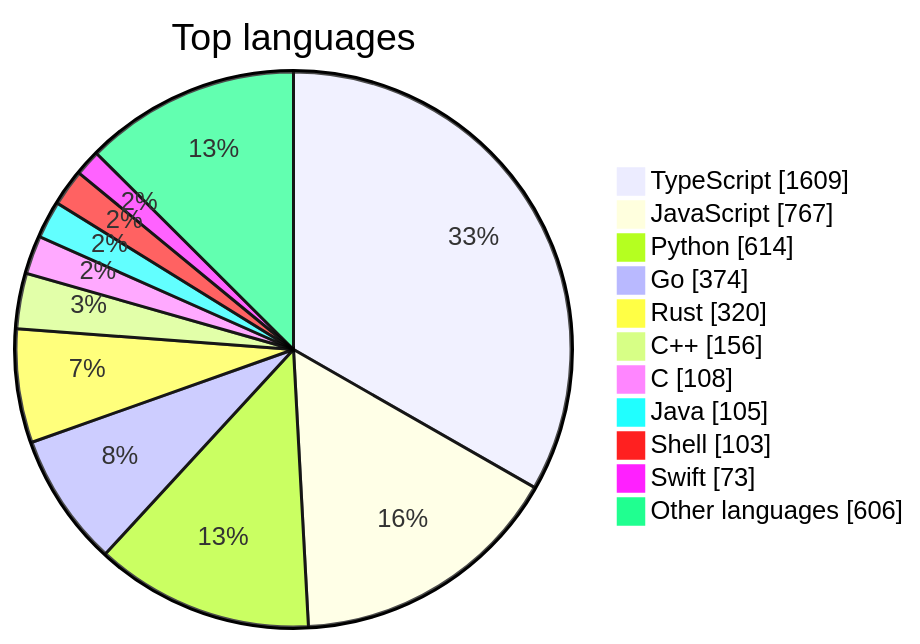
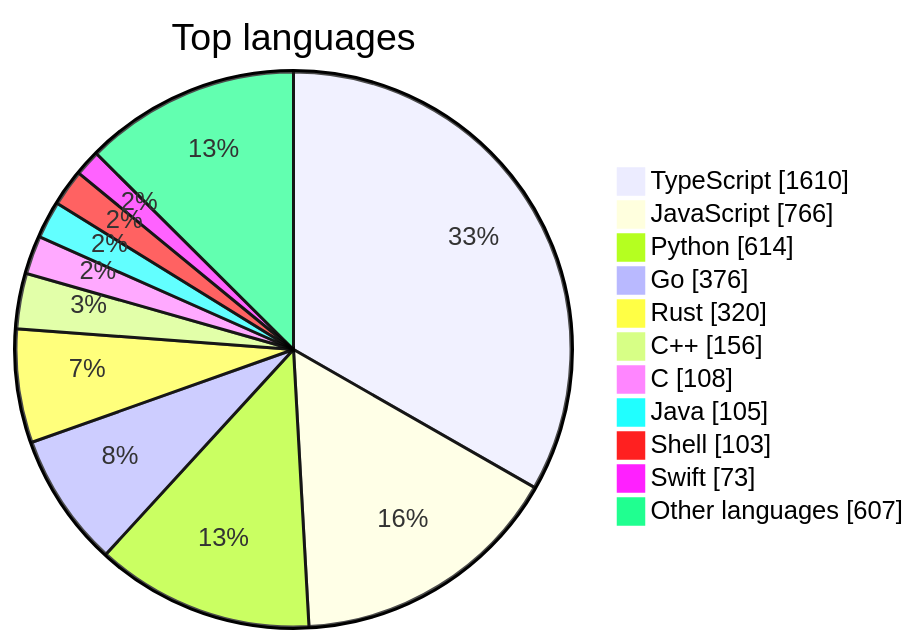
The first of 2 diagrams in README.md (maxgfr/awesome-stars), drawn with Mermaid before and after one commit. The commit also changed other lines of this file and 27 other files, not shown here.

````diff
--- a/README.md
+++ b/README.md
@@ -39,14 +39,14 @@
 ```mermaid
 pie showData title Top languages
-    "TypeScript" : 1609
-    "JavaScript" : 767
+    "TypeScript" : 1610
+    "JavaScript" : 766
     "Python" : 614
-    "Go" : 374
+    "Go" : 376
     "Rust" : 320
     "C++" : 156
     "C" : 108
     "Java" : 105
     "Shell" : 103
     "Swift" : 73
-    "Other languages" : 606
+    "Other languages" : 607
 ```
````
